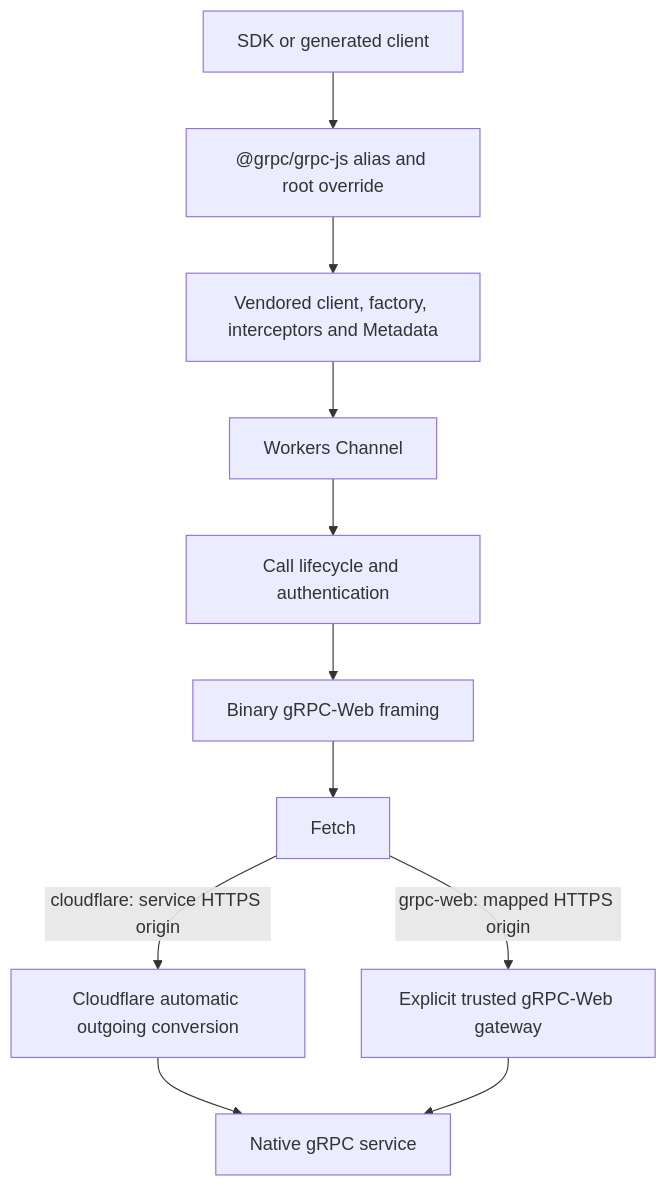
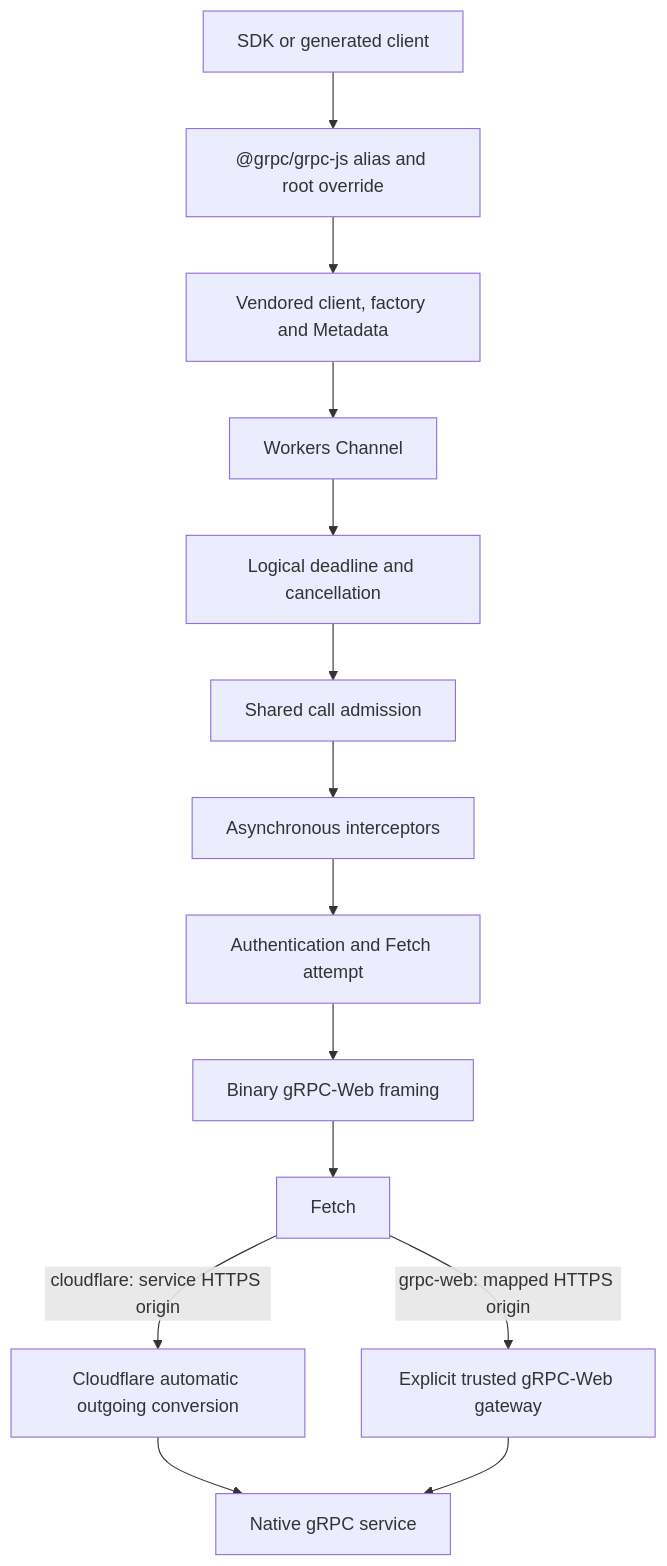
One commit to seo-rii/workers-grpc-adapter changed the diagram in docs/architecture.md. Above: the diagram before and after it, drawn with Mermaid. The commit also changed other lines of this file and 22 other files, not shown here.

Commit message:
feat: bound shared call admission and readable queues

````diff
--- a/docs/architecture.md
+++ b/docs/architecture.md
@@ -7,13 +7,16 @@
 ```mermaid
 flowchart TD
     SDK[SDK or generated client] --> Alias["@grpc/grpc-js alias and root override"]
-    Alias --> Client[Vendored client, factory, interceptors and Metadata]
+    Alias --> Client[Vendored client, factory and Metadata]
     Client --> Channel[Workers Channel]
-    Channel --> Call[Call lifecycle and authentication]
+    Channel --> Lifetime[Logical deadline and cancellation]
+    Lifetime --> Admission[Shared call admission]
+    Admission --> Interceptors[Asynchronous interceptors]
+    Interceptors --> Call[Authentication and Fetch attempt]
     Call --> Wire[Binary gRPC-Web framing]
     Wire --> Fetch[Fetch]
     Fetch -->|"cloudflare: service HTTPS origin"| Cloudflare[Cloudflare automatic outgoing conversion]
     Fetch -->|"grpc-web: mapped HTTPS origin"| Gateway[Explicit trusted gRPC-Web gateway]
     Cloudflare --> Server[Native gRPC service]
     Gateway --> Server
 ```
````
